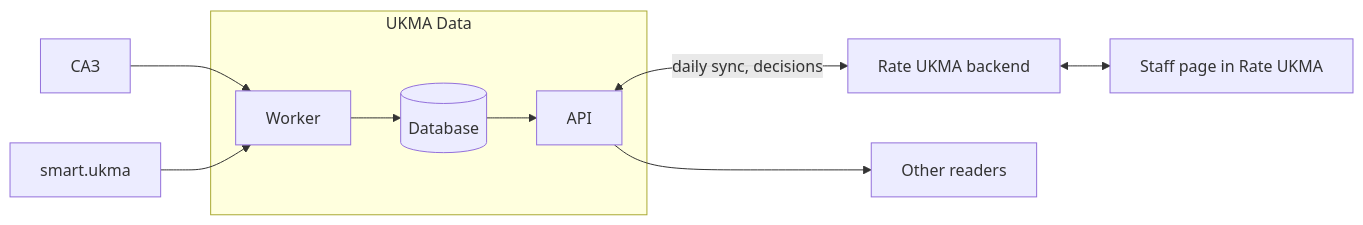
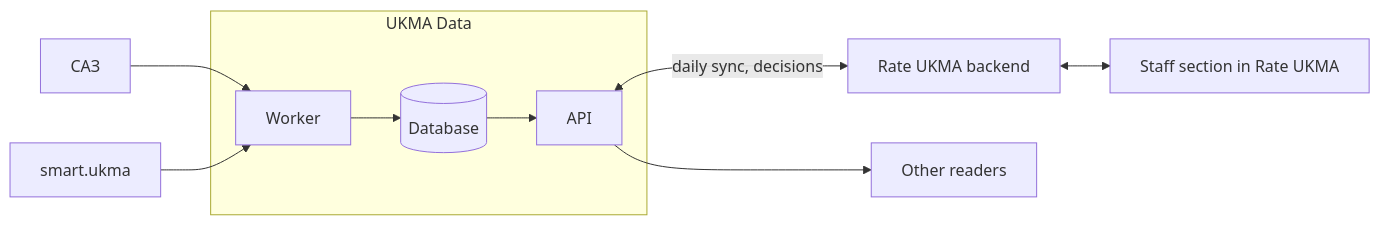
The first of 2 diagrams in docs/parser-service/spec.md (ukma-cs-ssdm-2025/rate-ukma), drawn with Mermaid before and after one commit. The commit also changed other lines of this file, not shown here.

````diff
--- a/docs/parser-service/spec.md
+++ b/docs/parser-service/spec.md
@@ -13,11 +13,11 @@
 ```mermaid
 flowchart LR
   SAZ["САЗ"] --> Worker
   Smart["smart.ukma"] --> Worker
   subgraph Data["UKMA Data"]
     Worker --> DB[("Database")] --> API
   end
   API <-- "daily sync, decisions" --> Backend["Rate UKMA backend"]
-  Backend <--> Staff["Staff page in Rate UKMA"]
+  Backend <--> Staff["Staff section in Rate UKMA"]
   API --> Other["Other readers"]
 ```
````
